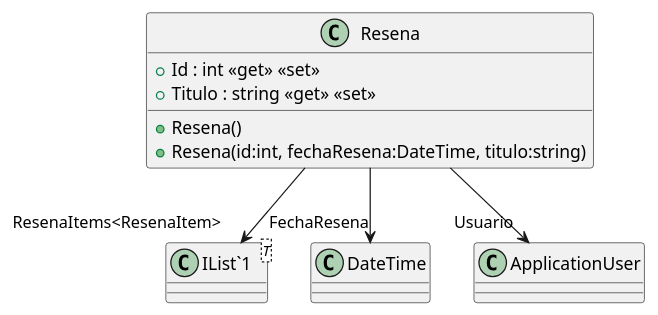
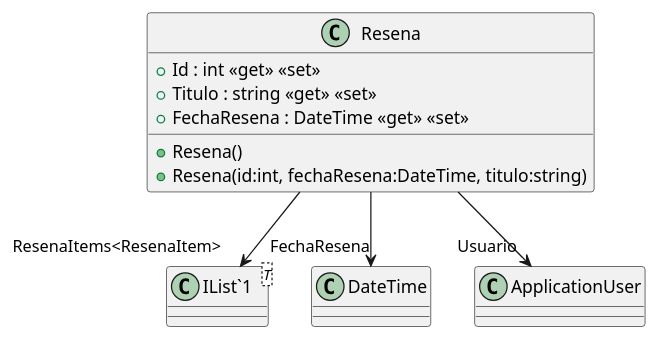
Before and after one commit to ISII2627LosGremlins/ISII2627LosGremlins: the diagram in src/AppForSEII.API/ClassDiagram/Resena.puml, drawn with PlantUML. The commit also changed 3 other files, not shown here.

First line of the commit message:
Añadir atributos DateTime a las clases Compra, Libro, Reposicion y Resena (#88)

```diff
--- a/src/AppForSEII.API/ClassDiagram/Resena.puml
+++ b/src/AppForSEII.API/ClassDiagram/Resena.puml
@@ -1,13 +1,14 @@
 @startuml
 class Resena {
     + Resena()
     + Resena(id:int, fechaResena:DateTime, titulo:string)
     + Id : int <<get>> <<set>>
     + Titulo : string <<get>> <<set>>
+    + FechaResena : DateTime <<get>> <<set>>
 }
 class "IList`1"<T> {
 }
 Resena --> "FechaResena" DateTime
 Resena --> "Usuario" ApplicationUser
 Resena --> "ResenaItems<ResenaItem>" "IList`1"
 @enduml
```
